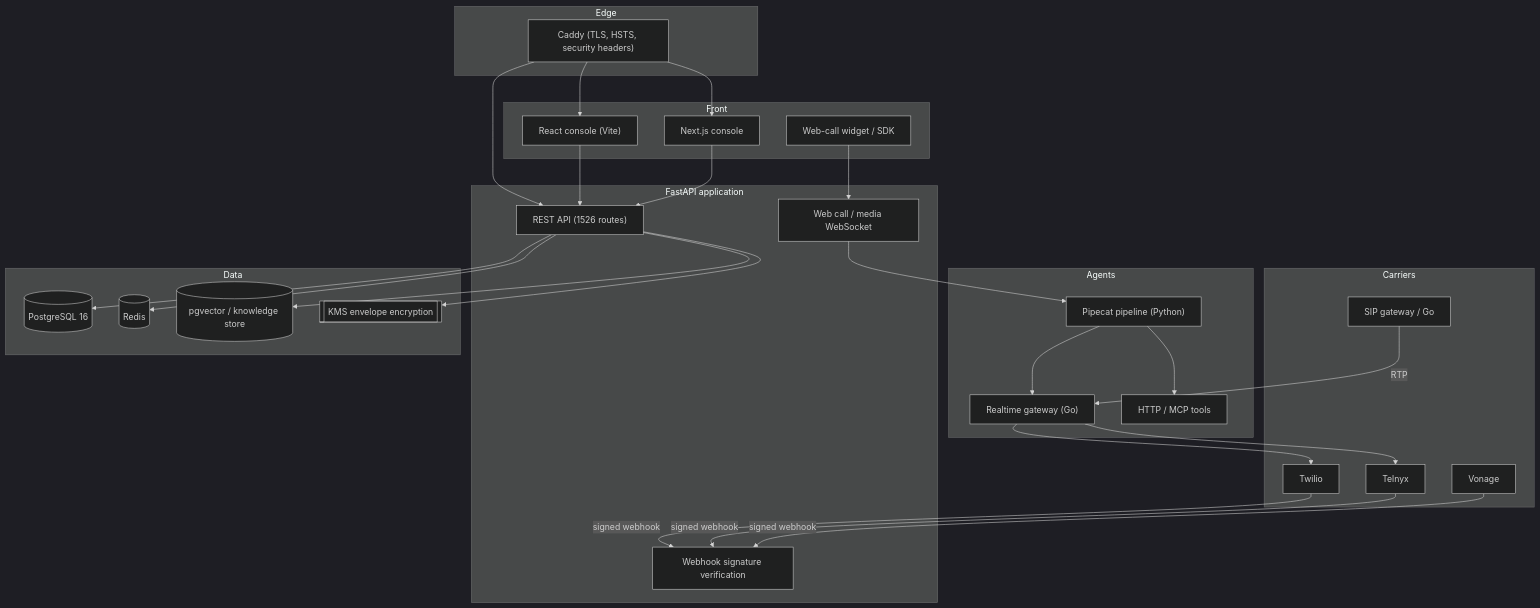
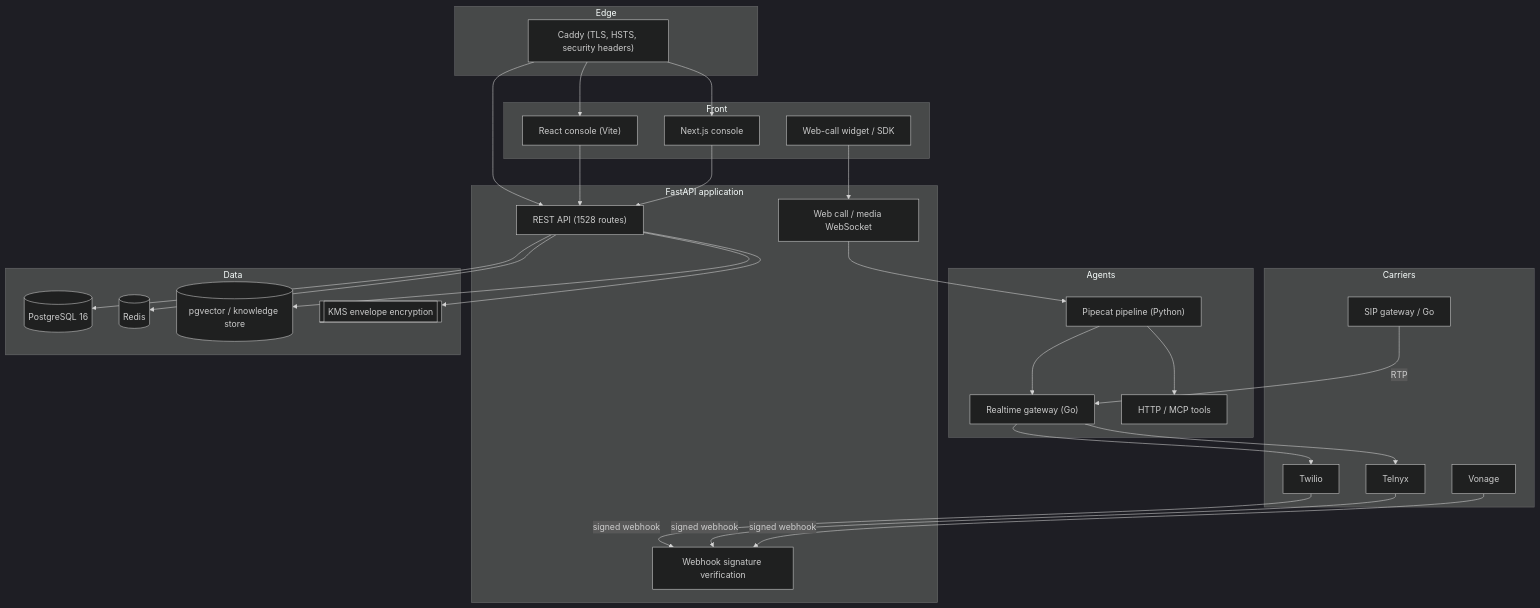
One commit to Ainul-550Islam/voxdesk-call-ainul-islam changed the diagram in voxdesk-call/README.md. Above: the diagram before and after it, drawn with Mermaid (dark theme). The commit also changed other lines of this file and 102 other files, not shown here.

````diff
--- a/voxdesk-call/README.md
+++ b/voxdesk-call/README.md
@@ -12,53 +12,53 @@
 ```mermaid
 flowchart TB
     subgraph Edge
         Caddy["Caddy (TLS, HSTS, security headers)"]
     end
     subgraph Carriers
         Twilio[Twilio]
         Telnyx[Telnyx]
         Vonage[Vonage]
         SIP[SIP gateway / Go]
     end
     subgraph App["FastAPI application"]
-        API["REST API (1526 routes)"]
+        API["REST API (1528 routes)"]
         WS["Web call / media WebSocket"]
         Wh[Webhook signature verification]
     end
     subgraph Agents
         Pipe["Pipecat pipeline (Python)"]
         RT["Realtime gateway (Go)"]
         Tools["HTTP / MCP tools"]
     end
     subgraph Data
         PG[("PostgreSQL 16")]
         Redis[("Redis")]
         Vec[("pgvector / knowledge store")]
         KMS[["KMS envelope encryption"]]
     end
     subgraph Front
         Dash["React console (Vite)"]
         Next["Next.js console"]
         Widget["Web-call widget / SDK"]
     end
 
     Twilio -->|signed webhook| Wh
     Telnyx -->|signed webhook| Wh
     Vonage -->|signed webhook| Wh
     SIP -->|RTP| RT
     Caddy --> API
     Caddy --> Dash
     Caddy --> Next
     Widget --> WS
     WS --> Pipe
     API --> PG
     API --> Redis
     API --> Vec
     API --> KMS
     Pipe --> Tools
     Pipe --> RT
     RT --> Twilio
     RT --> Telnyx
     Dash --> API
     Next --> API
 ```
````
